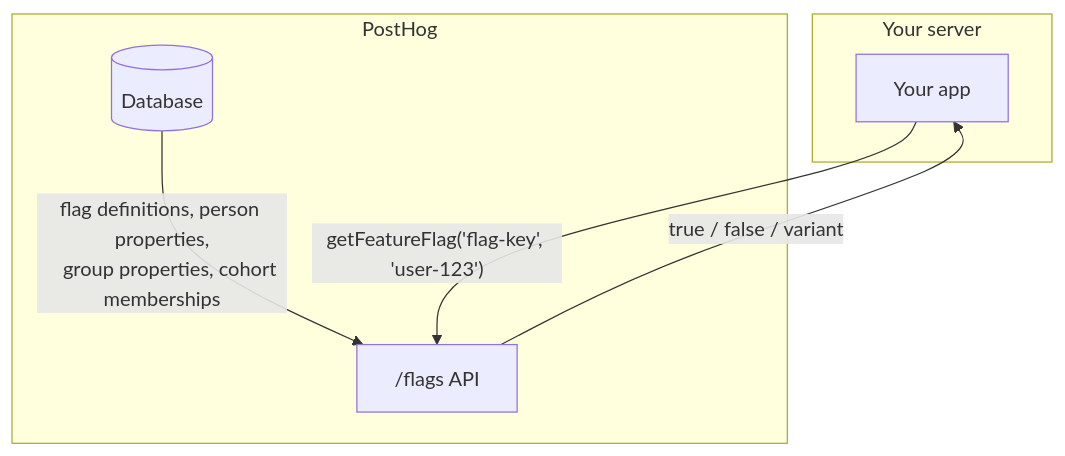
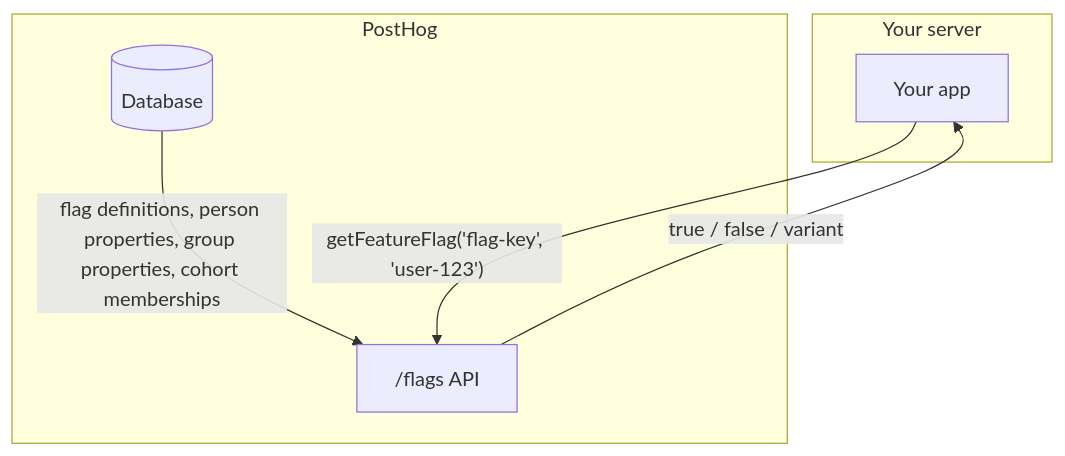
The first of 2 diagrams in contents/docs/feature-flags/local-evaluation/index.mdx (PostHog/posthog.com), drawn with Mermaid before and after one commit.

Commit message:
Fix multiline mermaid label rendering as literal newline

````diff
--- a/contents/docs/feature-flags/local-evaluation/index.mdx
+++ b/contents/docs/feature-flags/local-evaluation/index.mdx
@@ -25,14 +25,13 @@
 ```mermaid
 flowchart TD
     subgraph your-server ["Your server"]
         app["Your app"]
     end
     subgraph posthog ["PostHog"]
         db[("Database")]
         api["/flags API"]
     end
     app -- "getFeatureFlag('flag-key', 'user-123')" --> api
-    db -- "flag definitions, person properties,
-    group properties, cohort memberships" --> api
+    db -- "flag definitions, person properties, group properties, cohort memberships" --> api
     api -- "true / false / variant" --> app
 ```
````
